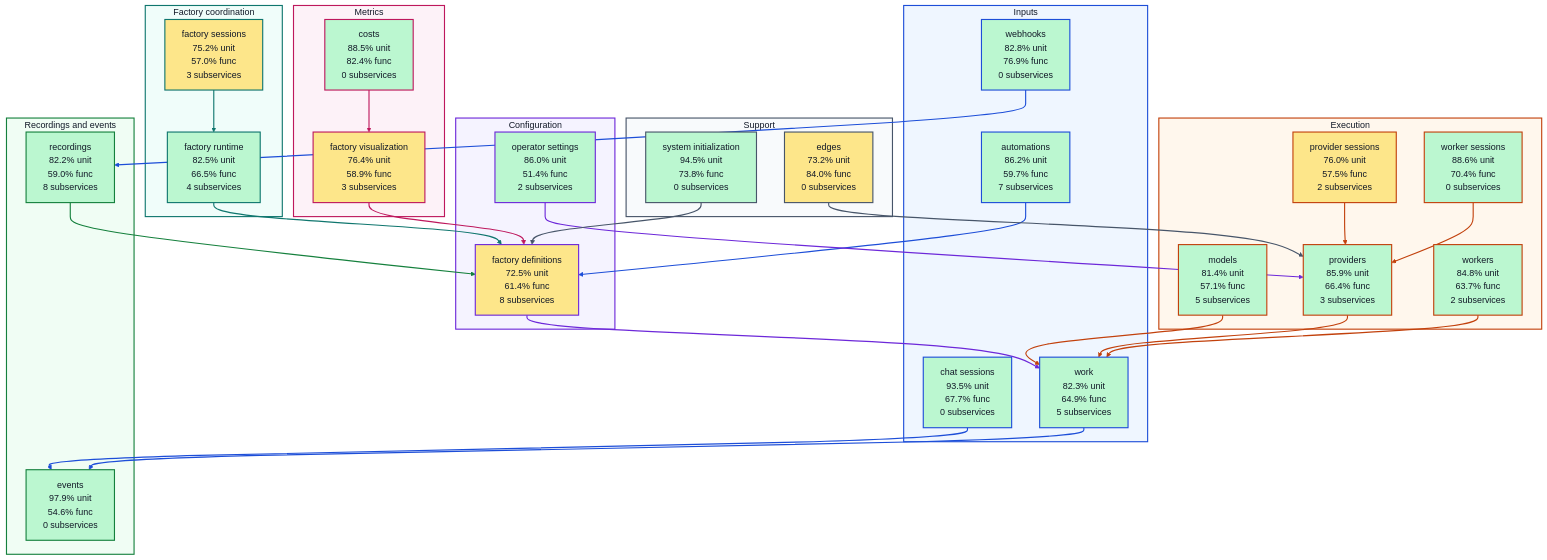
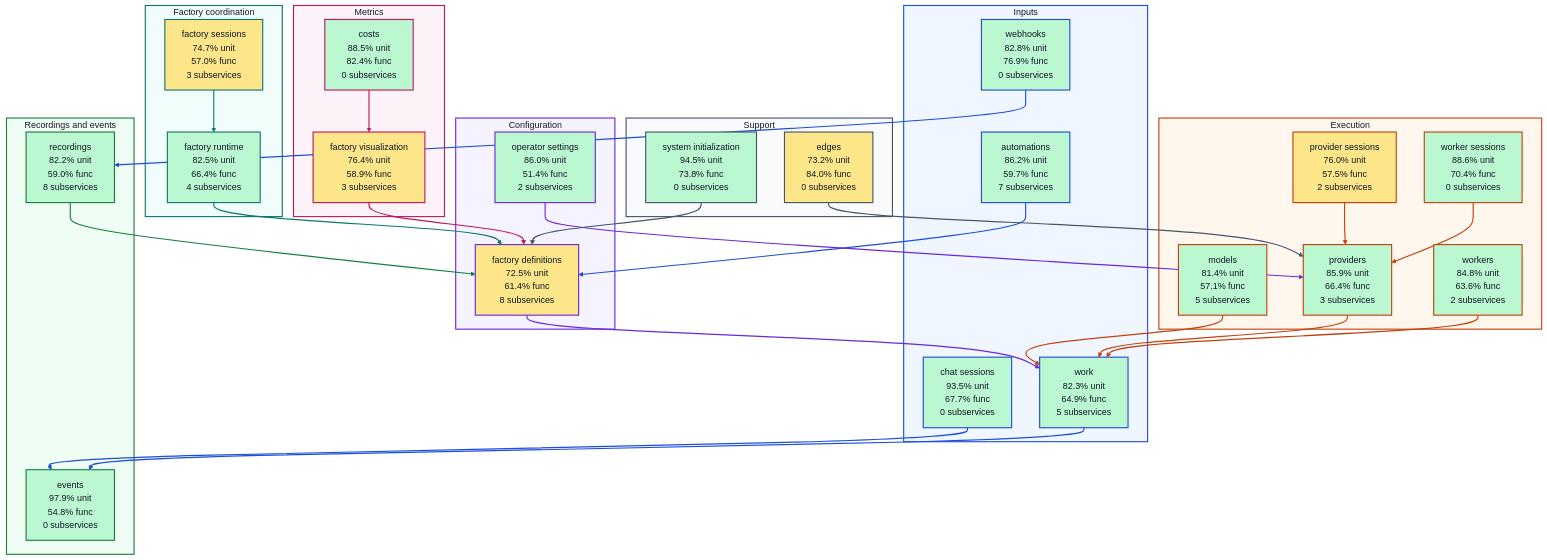
One commit to portpowered/you-agent-factory changed the diagram in docs/architecture/visualizations/high-level-test-coverage.md. Above: the diagram before and after it, drawn with Mermaid (forest theme). The commit also changed other lines of this file and 20 other files, not shown here.

Commit message:
docs: refresh backend architecture visualizations

```diff
--- a/docs/architecture/visualizations/high-level-test-coverage.md
+++ b/docs/architecture/visualizations/high-level-test-coverage.md
@@ -21,18 +21,18 @@
     s_services_operator_settings["operator settings<br/>86.0% unit<br/>51.4% func<br/>2 subservices"]
   end
   subgraph coordination["Factory coordination"]
-    s_services_factory_runtime["factory runtime<br/>82.5% unit<br/>66.5% func<br/>4 subservices"]
-    s_services_factory_sessions["factory sessions<br/>75.2% unit<br/>57.0% func<br/>3 subservices"]
+    s_services_factory_runtime["factory runtime<br/>82.5% unit<br/>66.4% func<br/>4 subservices"]
+    s_services_factory_sessions["factory sessions<br/>74.7% unit<br/>57.0% func<br/>3 subservices"]
   end
   subgraph execution["Execution"]
     s_services_models["models<br/>81.4% unit<br/>57.1% func<br/>5 subservices"]
     s_services_provider_sessions["provider sessions<br/>76.0% unit<br/>57.5% func<br/>2 subservices"]
     s_services_providers["providers<br/>85.9% unit<br/>66.4% func<br/>3 subservices"]
     s_services_worker_sessions["worker sessions<br/>88.6% unit<br/>70.4% func<br/>0 subservices"]
-    s_services_workers["workers<br/>84.8% unit<br/>63.7% func<br/>2 subservices"]
+    s_services_workers["workers<br/>84.8% unit<br/>63.6% func<br/>2 subservices"]
   end
   subgraph recordings["Recordings and events"]
-    s_services_events["events<br/>97.9% unit<br/>54.6% func<br/>0 subservices"]
+    s_services_events["events<br/>97.9% unit<br/>54.8% func<br/>0 subservices"]
     s_services_recordings["recordings<br/>82.2% unit<br/>59.0% func<br/>8 subservices"]
   end
   subgraph metrics["Metrics"]
```
